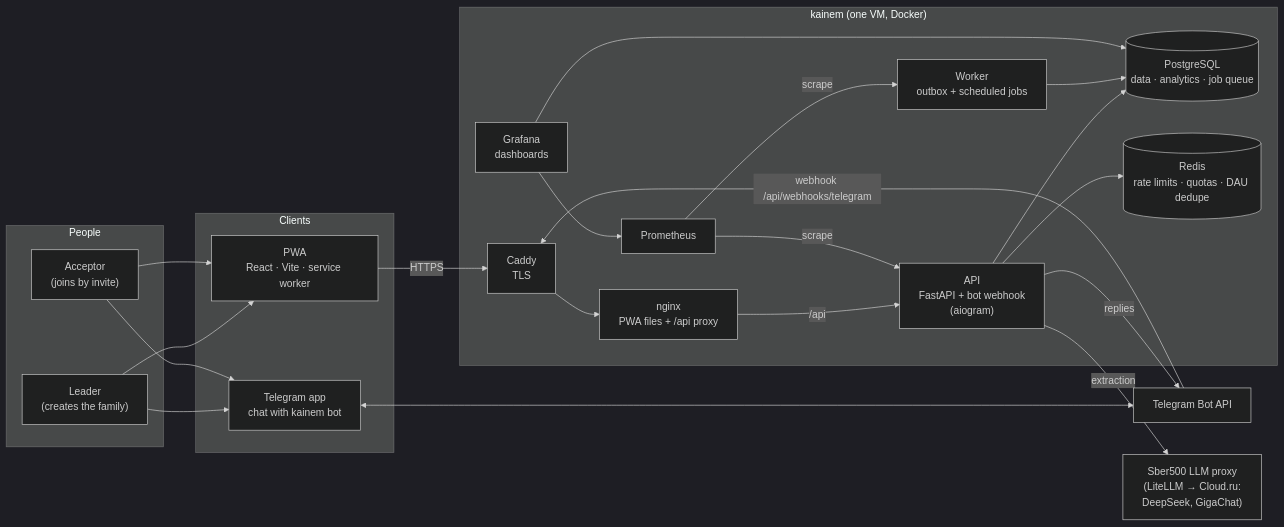
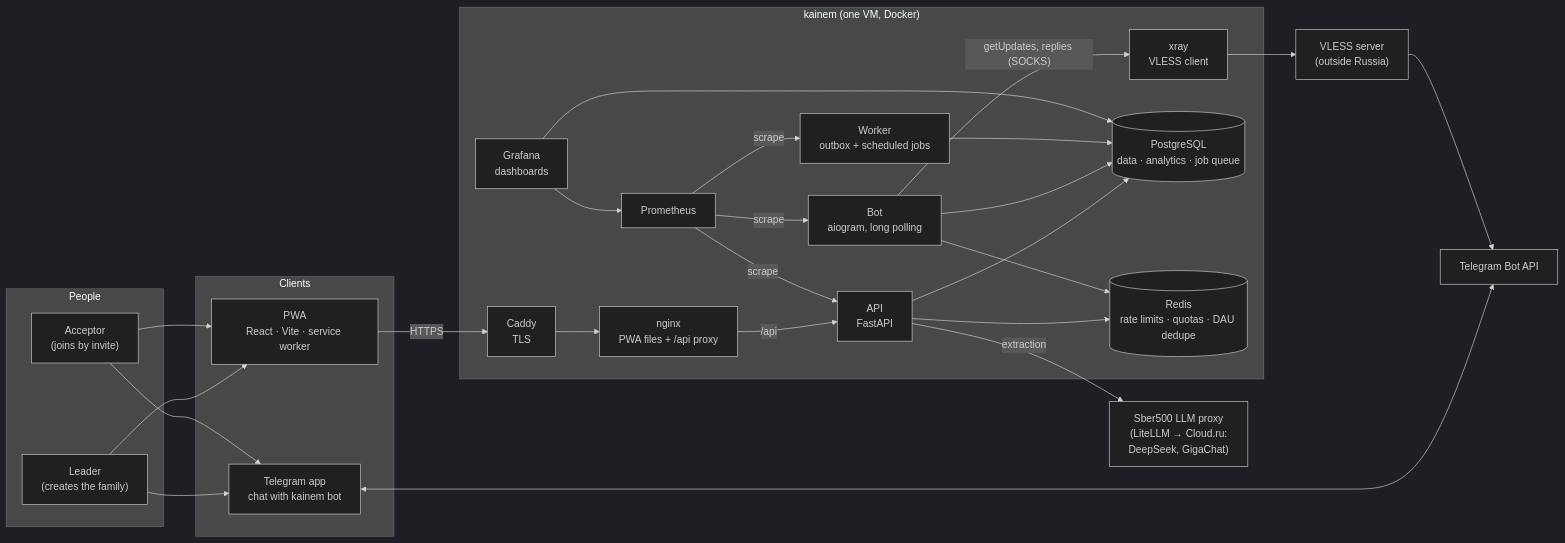
Before and after one commit to 8oDolaz/sber500-app: the first of 7 diagrams in docs/architecture.md, drawn with Mermaid (dark theme). The commit also changed other lines of this file and 23 other files, not shown here.

First line of the commit message:
feat: poll Telegram through an Xray VLESS proxy in production

````diff
--- a/docs/architecture.md
+++ b/docs/architecture.md
@@ -11,36 +11,39 @@
 ```mermaid
 flowchart LR
     subgraph People
         L["Leader<br/>(creates the family)"]
         A["Acceptor<br/>(joins by invite)"]
     end
 
     subgraph Clients
         PWA["PWA<br/>React · Vite · service worker"]
         TG["Telegram app<br/>chat with kainem bot"]
     end
 
     subgraph Server["kainem (one VM, Docker)"]
         CADDY["Caddy<br/>TLS"]
         WEB["nginx<br/>PWA files + /api proxy"]
-        API["API<br/>FastAPI + bot webhook<br/>(aiogram)"]
+        API["API<br/>FastAPI"]
+        BOT["Bot<br/>aiogram, long polling"]
+        XRAY["xray<br/>VLESS client"]
         WORKER["Worker<br/>outbox + scheduled jobs"]
         PG[("PostgreSQL<br/>data · analytics · job queue")]
         RD[("Redis<br/>rate limits · quotas · DAU dedupe")]
         PROM["Prometheus"]
         GRAF["Grafana<br/>dashboards"]
     end
 
     TGAPI["Telegram Bot API"]
+    VPN["VLESS server<br/>(outside Russia)"]
     LLM["Sber500 LLM proxy<br/>(LiteLLM → Cloud.ru:<br/>DeepSeek, GigaChat)"]
 
     L & A --> PWA & TG
     PWA -- HTTPS --> CADDY --> WEB -- "/api" --> API
-    TG <--> TGAPI -- "webhook /api/webhooks/telegram" --> CADDY
-    API -- "replies" --> TGAPI
-    API --> PG & RD
+    TG <--> TGAPI
+    BOT -- "getUpdates, replies (SOCKS)" --> XRAY --> VPN --> TGAPI
+    API & BOT --> PG & RD
     API -- "extraction" --> LLM
     WORKER --> PG
-    PROM -- scrape --> API & WORKER
+    PROM -- scrape --> API & WORKER & BOT
     GRAF --> PROM & PG
 ```
````
